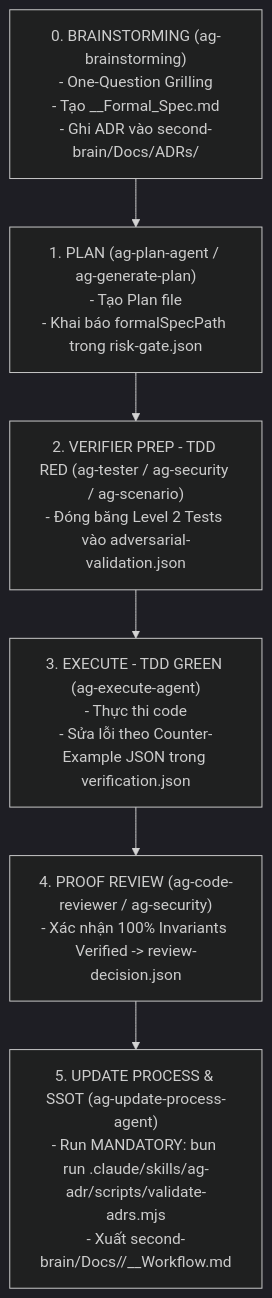
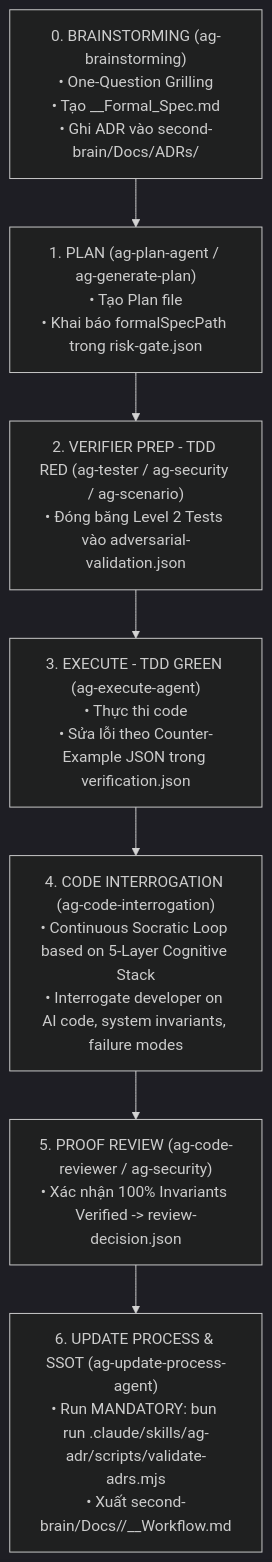
The diagram in process/development-protocols/references/architect-verifier-master-workflow-guide.md (ngxccc/agent-skills-kit), drawn with Mermaid (dark theme) before and after one commit. The commit also changed other lines of this file and 1 other file, not shown here.

Commit message:
feat(protocols): integrate code interrogation gate into master workflow guide

````diff
--- a/process/development-protocols/references/architect-verifier-master-workflow-guide.md
+++ b/process/development-protocols/references/architect-verifier-master-workflow-guide.md
@@ -19,8 +19,9 @@
 ```mermaid
 flowchart TD
-    Phase0["0. BRAINSTORMING (ag-brainstorming)\n- One-Question Grilling\n- Tạo <Feature>_<Topic>_Formal_Spec.md\n- Ghi ADR vào second-brain/Docs/ADRs/"] --> Phase1["1. PLAN (ag-plan-agent / ag-generate-plan)\n- Tạo Plan file\n- Khai báo formalSpecPath trong risk-gate.json"]
-    Phase1 --> Phase2["2. VERIFIER PREP - TDD RED (ag-tester / ag-security / ag-scenario)\n- Đóng băng Level 2 Tests vào adversarial-validation.json"]
-    Phase2 --> Phase3["3. EXECUTE - TDD GREEN (ag-execute-agent)\n- Thực thi code\n- Sửa lỗi theo Counter-Example JSON trong verification.json"]
-    Phase3 --> Phase4["4. PROOF REVIEW (ag-code-reviewer / ag-security)\n- Xác nhận 100% Invariants Verified -> review-decision.json"]
-    Phase4 --> Phase5["5. UPDATE PROCESS & SSOT (ag-update-process-agent)\n- Run MANDATORY: bun run .claude/skills/ag-adr/scripts/validate-adrs.mjs\n- Xuất second-brain/Docs/<Topic>/<Feature>_<Topic>_Workflow.md"]
+    Phase0["0. BRAINSTORMING (ag-brainstorming)\n• One-Question Grilling\n• Tạo <Feature>_<Topic>_Formal_Spec.md\n• Ghi ADR vào second-brain/Docs/ADRs/"] --> Phase1["1. PLAN (ag-plan-agent / ag-generate-plan)\n• Tạo Plan file\n• Khai báo formalSpecPath trong risk-gate.json"]
+    Phase1 --> Phase2["2. VERIFIER PREP - TDD RED (ag-tester / ag-security / ag-scenario)\n• Đóng băng Level 2 Tests vào adversarial-validation.json"]
+    Phase2 --> Phase3["3. EXECUTE - TDD GREEN (ag-execute-agent)\n• Thực thi code\n• Sửa lỗi theo Counter-Example JSON trong verification.json"]
+    Phase3 --> Phase4["4. CODE INTERROGATION (ag-code-interrogation)\n• Continuous Socratic Loop based on 5-Layer Cognitive Stack\n• Interrogate developer on AI code, system invariants, failure modes"]
+    Phase4 --> Phase5["5. PROOF REVIEW (ag-code-reviewer / ag-security)\n• Xác nhận 100% Invariants Verified -> review-decision.json"]
+    Phase5 --> Phase6["6. UPDATE PROCESS & SSOT (ag-update-process-agent)\n• Run MANDATORY: bun run .claude/skills/ag-adr/scripts/validate-adrs.mjs\n• Xuất second-brain/Docs/<Topic>/<Feature>_<Topic>_Workflow.md"]
 ```
````
